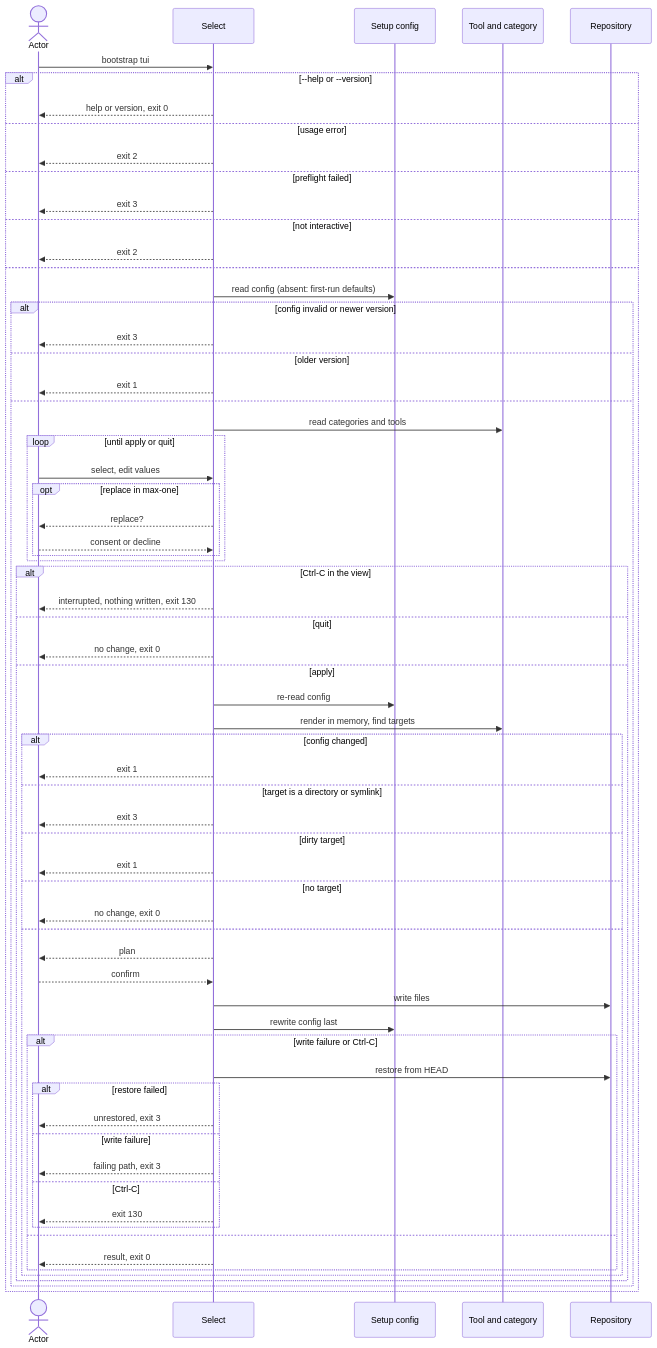
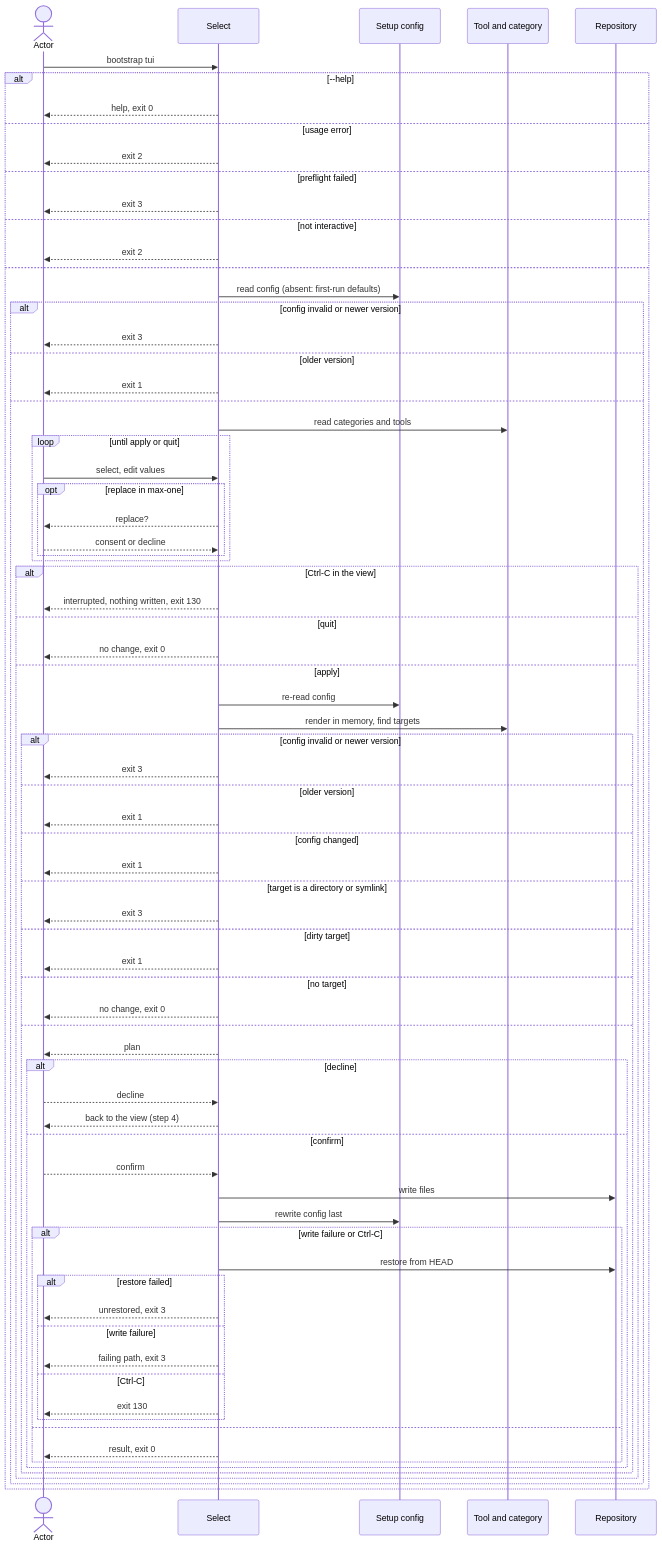
Before and after one commit to virajp/bootstrap: the diagram in docs/blueprint/flows/cli/160-select-tools/index.md, drawn with Mermaid. The commit also changed other lines of this file and 12 other files, not shown here.

````diff
--- a/docs/blueprint/flows/cli/160-select-tools/index.md
+++ b/docs/blueprint/flows/cli/160-select-tools/index.md
@@ -131,68 +134,77 @@
 ```mermaid
 sequenceDiagram
     actor O as Actor
     participant U as Select
     participant C as Setup config
     participant G as Tool and category
     participant R as Repository
     O->>U: bootstrap tui
-    alt --help or --version
-        U-->>O: help or version, exit 0
+    alt --help
+        U-->>O: help, exit 0
     else usage error
         U-->>O: exit 2
     else preflight failed
         U-->>O: exit 3
     else not interactive
         U-->>O: exit 2
     else
         U->>C: read config (absent: first-run defaults)
         alt config invalid or newer version
             U-->>O: exit 3
         else older version
             U-->>O: exit 1
         else
             U->>G: read categories and tools
             loop until apply or quit
                 O->>U: select, edit values
                 opt replace in max-one
                     U-->>O: replace?
                     O-->>U: consent or decline
                 end
             end
             alt Ctrl-C in the view
                 U-->>O: interrupted, nothing written, exit 130
             else quit
                 U-->>O: no change, exit 0
             else apply
                 U->>C: re-read config
                 U->>G: render in memory, find targets
-                alt config changed
+                alt config invalid or newer version
+                    U-->>O: exit 3
+                else older version
+                    U-->>O: exit 1
+                else config changed
                     U-->>O: exit 1
                 else target is a directory or symlink
                     U-->>O: exit 3
                 else dirty target
                     U-->>O: exit 1
                 else no target
                     U-->>O: no change, exit 0
                 else
                     U-->>O: plan
-                    O-->>U: confirm
-                    U->>R: write files
-                    U->>C: rewrite config last
-                    alt write failure or Ctrl-C
-                        U->>R: restore from HEAD
-                        alt restore failed
-                            U-->>O: unrestored, exit 3
-                        else write failure
-                            U-->>O: failing path, exit 3
-                        else Ctrl-C
-                            U-->>O: exit 130
+                    alt decline
+                        O-->>U: decline
+                        U-->>O: back to the view (step 4)
+                    else confirm
+                        O-->>U: confirm
+                        U->>R: write files
+                        U->>C: rewrite config last
+                        alt write failure or Ctrl-C
+                            U->>R: restore from HEAD
+                            alt restore failed
+                                U-->>O: unrestored, exit 3
+                            else write failure
+                                U-->>O: failing path, exit 3
+                            else Ctrl-C
+                                U-->>O: exit 130
+                            end
+                        else
+                            U-->>O: result, exit 0
                         end
-                    else
-                        U-->>O: result, exit 0
                     end
                 end
             end
         end
     end
 ```
````
